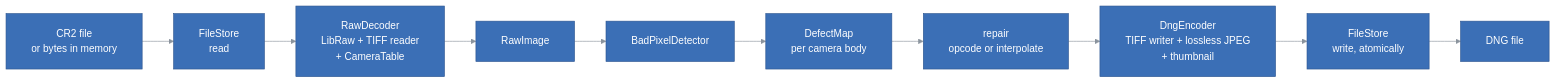
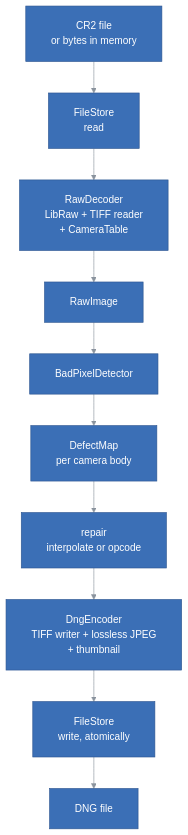
One commit to kineticsystem/raw-converter changed the first of 3 diagrams in docs/ARCHITECTURE.md. Above: the diagram before and after it, drawn with Mermaid. The commit also changed other lines of this file and 21 other files, not shown here.

````diff
--- a/docs/ARCHITECTURE.md
+++ b/docs/ARCHITECTURE.md
@@ -44,68 +46,68 @@
 ```mermaid
 ---
 config:
   theme: base
   themeCSS: ".edgeLabel p { padding: 4px 10px; }"
   flowchart:
     padding: 20
     nodeSpacing: 40
     rankSpacing: 50
   class:
     padding: 16
   sequence:
     boxMargin: 12
     boxTextMargin: 8
     noteMargin: 28
     messageMargin: 40
     actorMargin: 60
     labelBoxWidth: 56
     labelBoxHeight: 28
   themeVariables:
     primaryColor: "#3b6fb6"
     primaryTextColor: "#ffffff"
     primaryBorderColor: "#2c5590"
     lineColor: "#8b949e"
     textColor: "#4d86d6"
     actorBkg: "#3b6fb6"
     actorBorder: "#2c5590"
     actorTextColor: "#ffffff"
     actorLineColor: "#8b949e"
     signalColor: "#8b949e"
     signalTextColor: "#4d86d6"
     noteBkgColor: "#3b6fb6"
     noteTextColor: "#ffffff"
     noteBorderColor: "#2c5590"
     secondaryColor: "#3b6fb6"
     tertiaryColor: "#3b6fb6"
     clusterBkg: "transparent"
     clusterBorder: "#8b949e"
     titleColor: "#4d86d6"
     edgeLabelBackground: "#3b6fb6"
     classText: "#ffffff"
     labelBoxBkgColor: "#3b6fb6"
     labelBoxBorderColor: "#2c5590"
     labelTextColor: "#ffffff"
     loopTextColor: "#4d86d6"
     mainBkg: "#3b6fb6"
     nodeBorder: "#2c5590"
     nodeTextColor: "#ffffff"
     secondaryBorderColor: "#2c5590"
     secondaryTextColor: "#ffffff"
     tertiaryBorderColor: "#2c5590"
     tertiaryTextColor: "#ffffff"
     errorBkgColor: "#3b6fb6"
     errorTextColor: "#ffffff"
 ---
-flowchart LR
+flowchart TB
     In["CR2 file<br/>or bytes in memory"] --> Read["FileStore<br/>read"]
     Read --> Decode["RawDecoder<br/>LibRaw + TIFF reader<br/>+ CameraTable"]
     Decode --> Image["RawImage"]
     Image --> Detect["BadPixelDetector"]
     Detect --> Map["DefectMap<br/>per camera body"]
-    Map --> Repair["repair<br/>opcode or interpolate"]
+    Map --> Repair["repair<br/>interpolate or opcode"]
     Repair --> Encode["DngEncoder<br/>TIFF writer + lossless JPEG<br/>+ thumbnail"]
     Encode --> Write["FileStore<br/>write, atomically"]
     Write --> Out["DNG file"]
 
     classDef default fill:#3b6fb6,stroke:#2c5590,color:#ffffff
 ```
````
